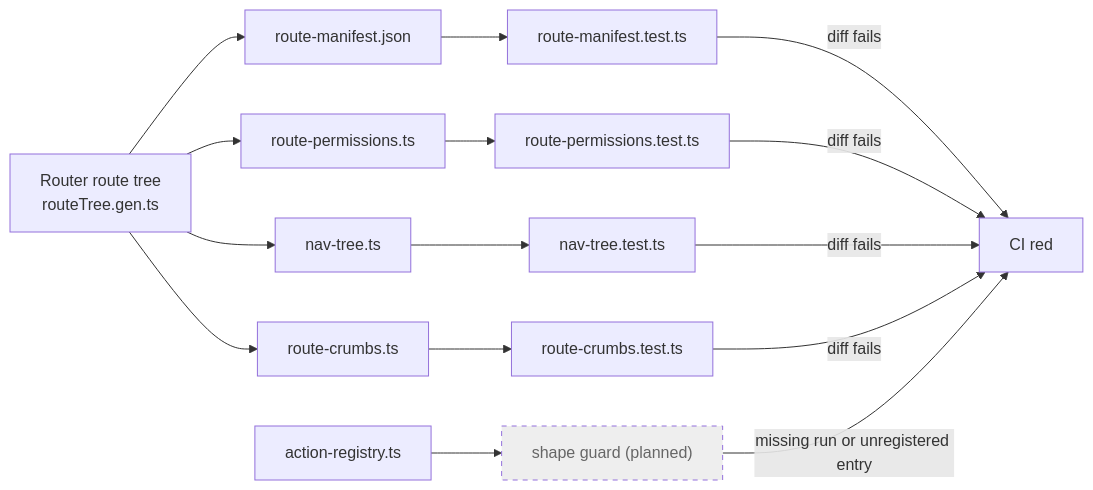
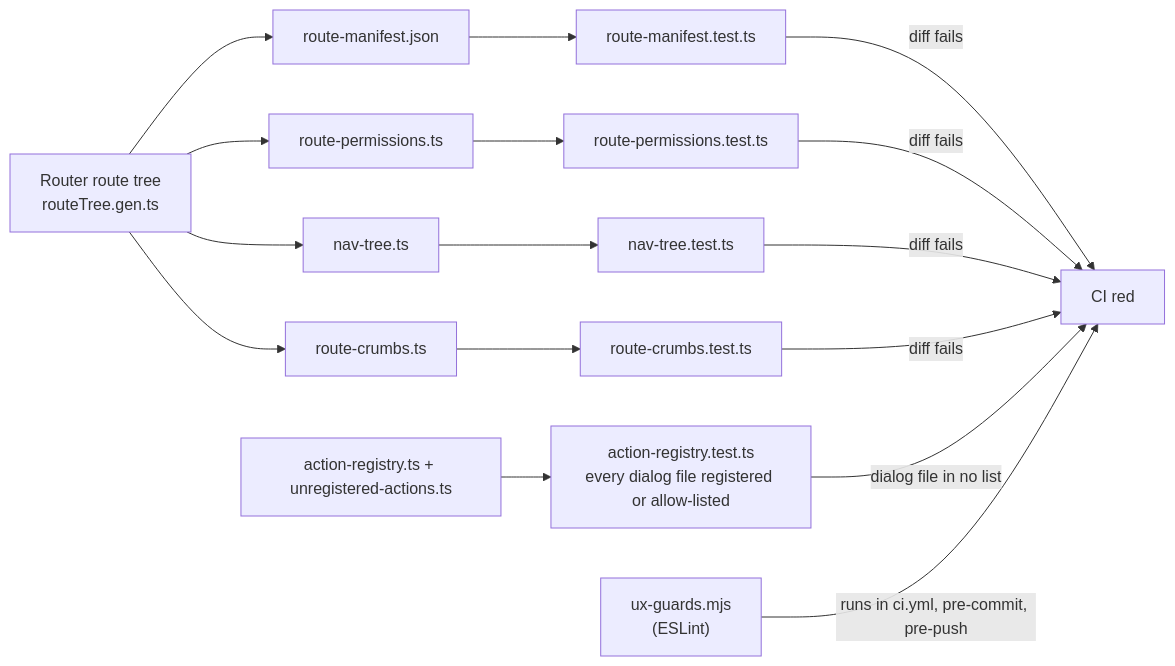
The ninth of 9 diagrams in docs/architecture/06-frontend-architecture.md (tareq89/biddaloy), drawn with Mermaid before and after one commit. The commit also changed other lines of this file and 9 other files, not shown here.

````diff
--- a/docs/architecture/06-frontend-architecture.md
+++ b/docs/architecture/06-frontend-architecture.md
@@ -607,20 +611,18 @@
 ```mermaid
 flowchart LR
     R[Router route tree<br/>routeTree.gen.ts] --> M[route-manifest.json]
     R --> P[route-permissions.ts]
     R --> N[nav-tree.ts]
     R --> C[route-crumbs.ts]
     M --> GM[route-manifest.test.ts]
     P --> GP[route-permissions.test.ts]
     N --> GN[nav-tree.test.ts]
     C --> GC[route-crumbs.test.ts]
     GM -->|diff fails| CI[CI red]
     GP -->|diff fails| CI
     GN -->|diff fails| CI
     GC -->|diff fails| CI
-    A[action-registry.ts] --> GA["shape guard (planned)"]
-    GA -->|missing run or unregistered entry| CI
-
-    classDef planned stroke-dasharray: 5 5,fill:#eee,color:#666
-    class GA planned
+    A[action-registry.ts + unregistered-actions.ts] --> GA["action-registry.test.ts<br/>every dialog file registered or allow-listed"]
+    GA -->|dialog file in no list| CI
+    X["ux-guards.mjs<br/>(ESLint)"] -->|"runs in ci.yml, pre-commit, pre-push"| CI
 ```
````
